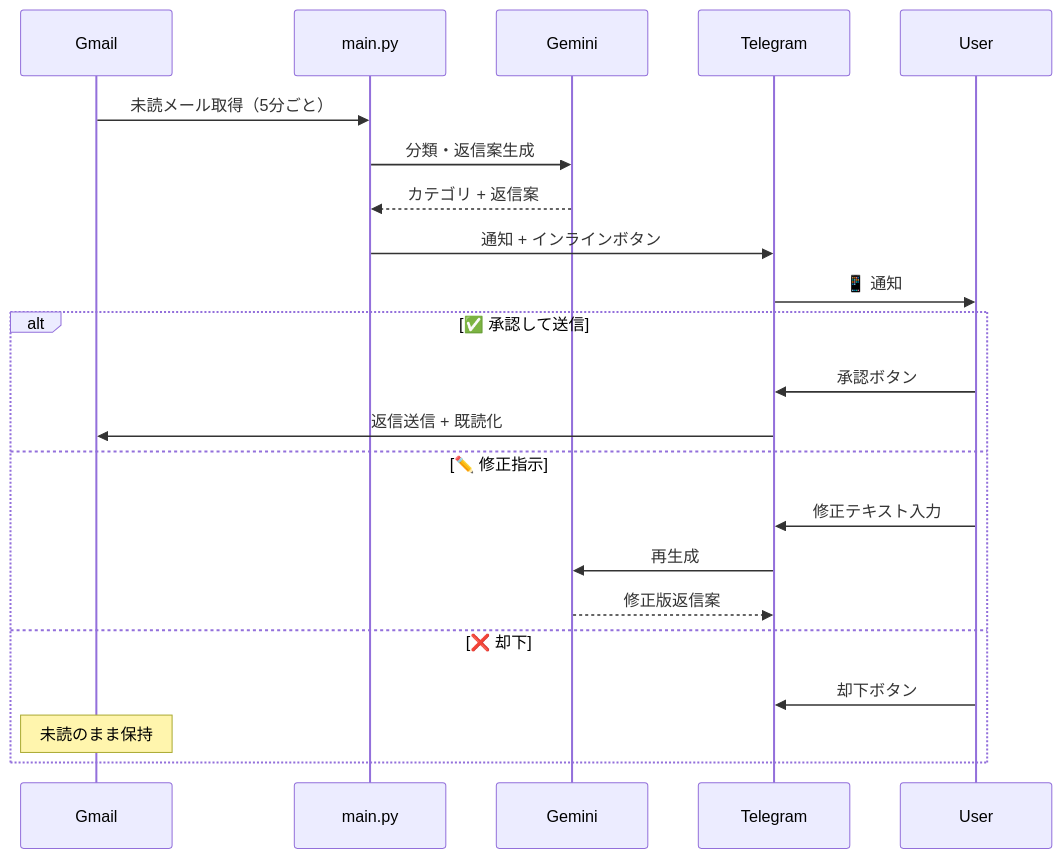
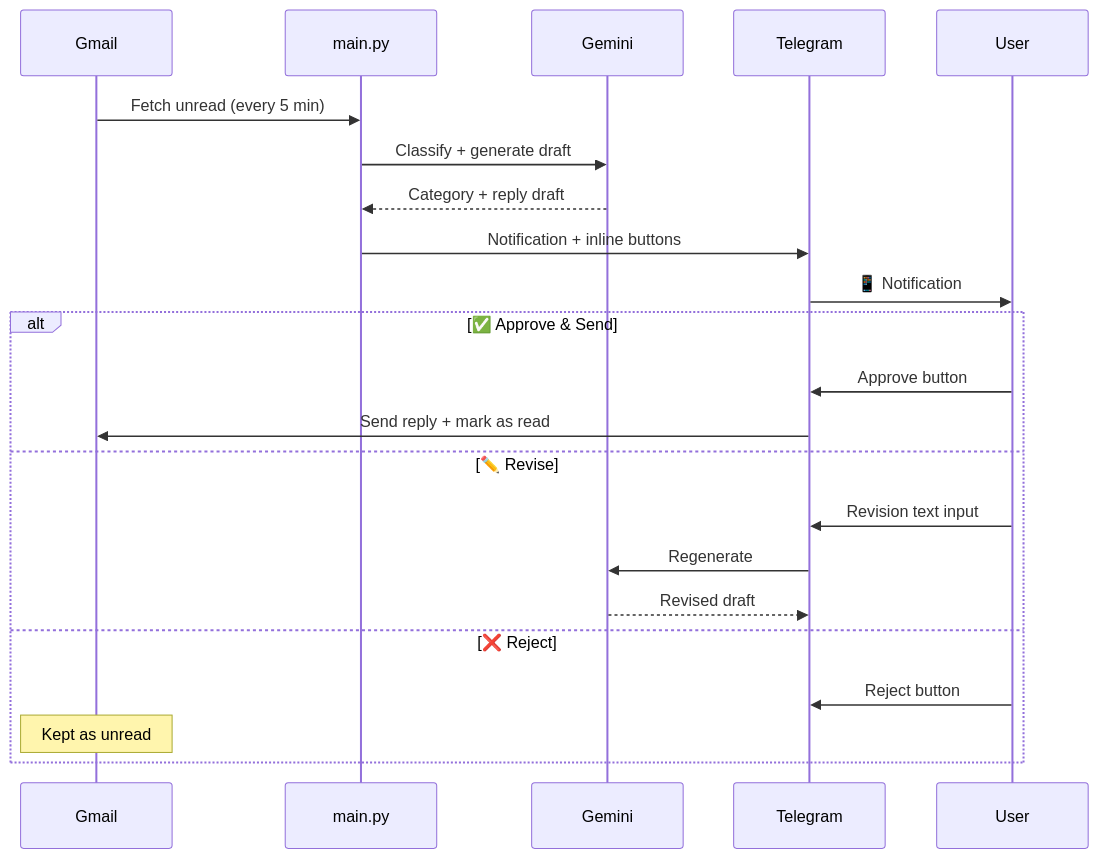
Before and after one commit to mayonaka-ratori/myserika: the second of 2 diagrams in README.md, drawn with Mermaid. The commit also changed other lines of this file, not shown here.

````diff
--- a/README.md
+++ b/README.md
@@ -70,26 +79,26 @@
 ```mermaid
 sequenceDiagram
     participant Gmail
     participant Bot as main.py
     participant Gemini
     participant Telegram
     participant User
 
-    Gmail->>Bot: 未読メール取得（5分ごと）
-    Bot->>Gemini: 分類・返信案生成
-    Gemini-->>Bot: カテゴリ + 返信案
-    Bot->>Telegram: 通知 + インラインボタン
-    Telegram->>User: 📱 通知
+    Gmail->>Bot: Fetch unread (every 5 min)
+    Bot->>Gemini: Classify + generate draft
+    Gemini-->>Bot: Category + reply draft
+    Bot->>Telegram: Notification + inline buttons
+    Telegram->>User: 📱 Notification
 
-    alt ✅ 承認して送信
-        User->>Telegram: 承認ボタン
-        Telegram->>Gmail: 返信送信 + 既読化
-    else ✏️ 修正指示
-        User->>Telegram: 修正テキスト入力
-        Telegram->>Gemini: 再生成
-        Gemini-->>Telegram: 修正版返信案
-    else ❌ 却下
-        User->>Telegram: 却下ボタン
-        Note over Gmail: 未読のまま保持
+    alt ✅ Approve & Send
+        User->>Telegram: Approve button
+        Telegram->>Gmail: Send reply + mark as read
+    else ✏️ Revise
+        User->>Telegram: Revision text input
+        Telegram->>Gemini: Regenerate
+        Gemini-->>Telegram: Revised draft
+    else ❌ Reject
+        User->>Telegram: Reject button
+        Note over Gmail: Kept as unread
     end
 ```
````
